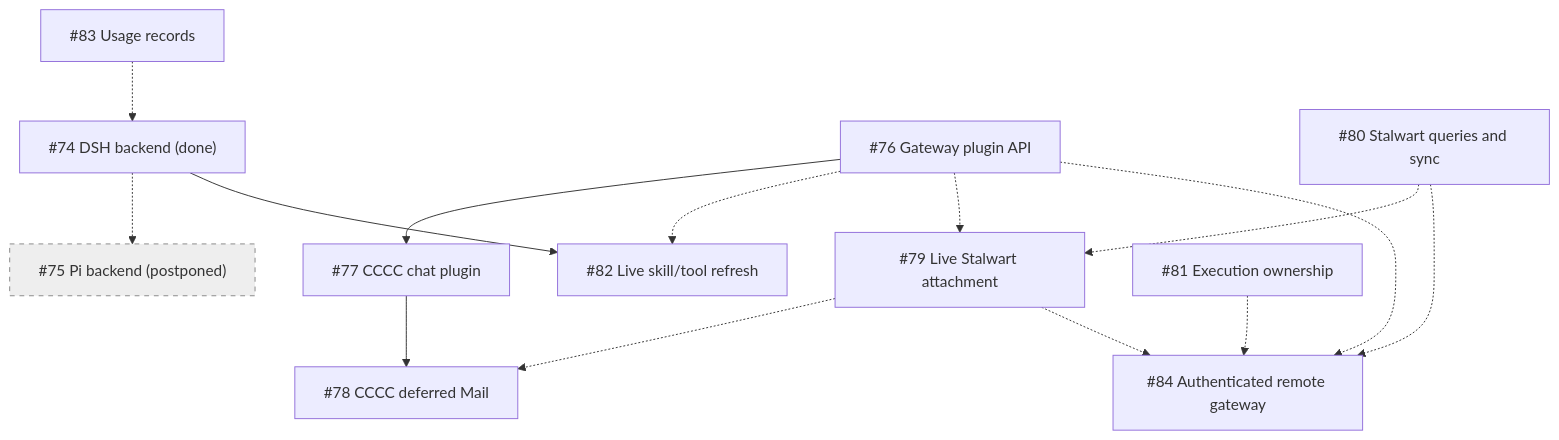
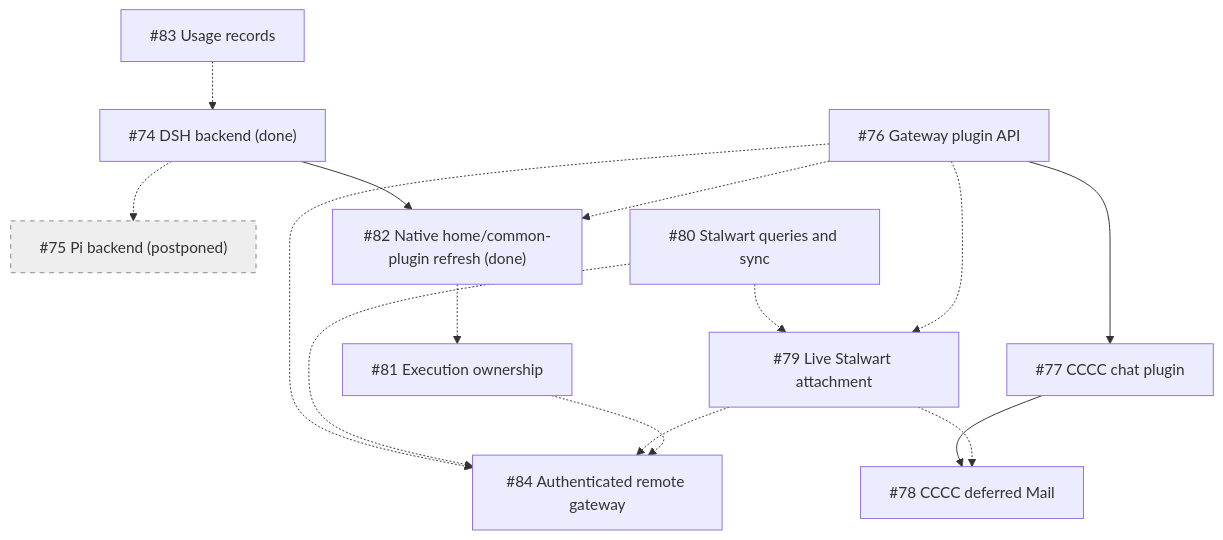
The diagram in ROADMAP.md (igamenovoer/houmao), drawn with Mermaid before and after one commit. The commit also changed other lines of this file and 95 other files, not shown here.

````diff
--- a/ROADMAP.md
+++ b/ROADMAP.md
@@ -41,18 +41,19 @@
 ```mermaid
 flowchart TD
     I83["#83 Usage records"] -.-> I74["#74 DSH backend (done)"]
     I76["#76 Gateway plugin API"] --> I77["#77 CCCC chat plugin"]
     I77 --> I78["#78 CCCC deferred Mail"]
     I74 -.-> I75["#75 Pi backend (postponed)"]
-    I74 --> I82["#82 Live skill/tool refresh"]
+    I74 --> I82["#82 Native home/common-plugin refresh (done)"]
     I76 -.-> I82
+    I82 -.-> I81["#81 Execution ownership"]
     I80["#80 Stalwart queries and sync"] -.-> I79["#79 Live Stalwart attachment"]
     I76 -.-> I79
     I79 -.-> I78
     I76 -.-> I84["#84 Authenticated remote gateway"]
     I80 -.-> I84
     I79 -.-> I84
-    I81["#81 Execution ownership"] -.-> I84
+    I81 -.-> I84
     classDef postponed fill:#eee,stroke:#888,stroke-dasharray:5 5
     class I75 postponed
 ```
````
